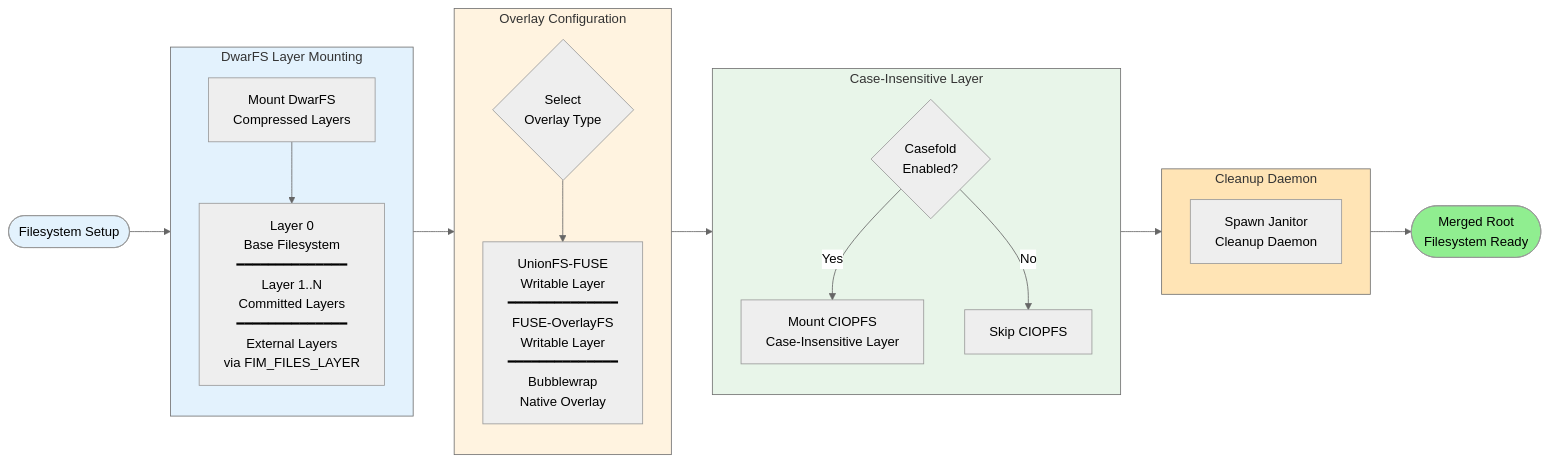
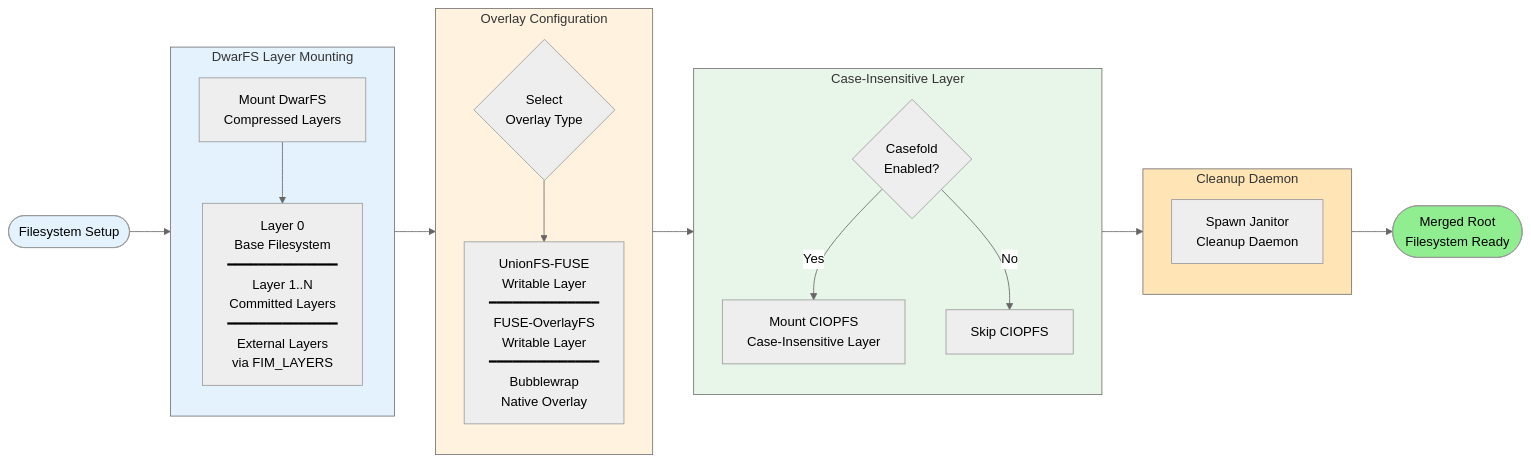
Before and after one commit to flatimage/flatimage: the fifth of 11 diagrams in doc/mkdocs/docs/architecture/boot-sequence.md, drawn with Mermaid (neutral theme). The commit also changed other lines of this file and 19 other files, not shown here.

Commit message:
refactor(filesystems): Replaced FIM_[DIRS,FILES]_LAYER with unified FIM_LAYERS

````diff
--- a/doc/mkdocs/docs/architecture/boot-sequence.md
+++ b/doc/mkdocs/docs/architecture/boot-sequence.md
@@ -216,50 +216,50 @@
 ```mermaid
 flowchart LR
     Start([Filesystem Setup]) --> LayerMount
 
     subgraph LayerMount["DwarFS Layer Mounting"]
         direction TB
         L1[Mount DwarFS<br/>Compressed Layers]
-        L2["Layer 0<br/>Base Filesystem<br/>━━━━━━━━━━━━━━<br/>Layer 1..N<br/>Committed Layers<br/>━━━━━━━━━━━━━━<br/>External Layers<br/>via FIM_FILES_LAYER"]
+        L2["Layer 0<br/>Base Filesystem<br/>━━━━━━━━━━━━━━<br/>Layer 1..N<br/>Committed Layers<br/>━━━━━━━━━━━━━━<br/>External Layers<br/>via FIM_LAYERS"]
 
         L1 --> L2
     end
 
     LayerMount --> OverlaySetup
 
     subgraph OverlaySetup["Overlay Configuration"]
         direction TB
         O1{Select<br/>Overlay Type}
         O2["UnionFS-FUSE<br/>Writable Layer<br/>━━━━━━━━━━━━━━<br/>FUSE-OverlayFS<br/>Writable Layer<br/>━━━━━━━━━━━━━━<br/>Bubblewrap<br/>Native Overlay"]
 
         O1 --> O2
     end
 
     OverlaySetup --> CasefoldCheck
 
     subgraph CasefoldCheck["Case-Insensitive Layer"]
         direction TB
         C1{Casefold<br/>Enabled?}
         C2[Mount CIOPFS<br/>Case-Insensitive Layer]
         C3[Skip CIOPFS]
 
         C1 -->|Yes| C2
         C1 -->|No| C3
     end
 
     CasefoldCheck --> JanitorSetup
 
     subgraph JanitorSetup["Cleanup Daemon"]
         direction TB
         J1[Spawn Janitor<br/>Cleanup Daemon]
     end
 
     JanitorSetup --> Ready([Merged Root<br/>Filesystem Ready])
 
     style LayerMount fill:#E3F2FD
     style OverlaySetup fill:#FFF3E0
     style CasefoldCheck fill:#E8F5E9
     style JanitorSetup fill:#FFE4B5
     style Start fill:#E3F2FD
     style Ready fill:#90EE90
 ```
````
